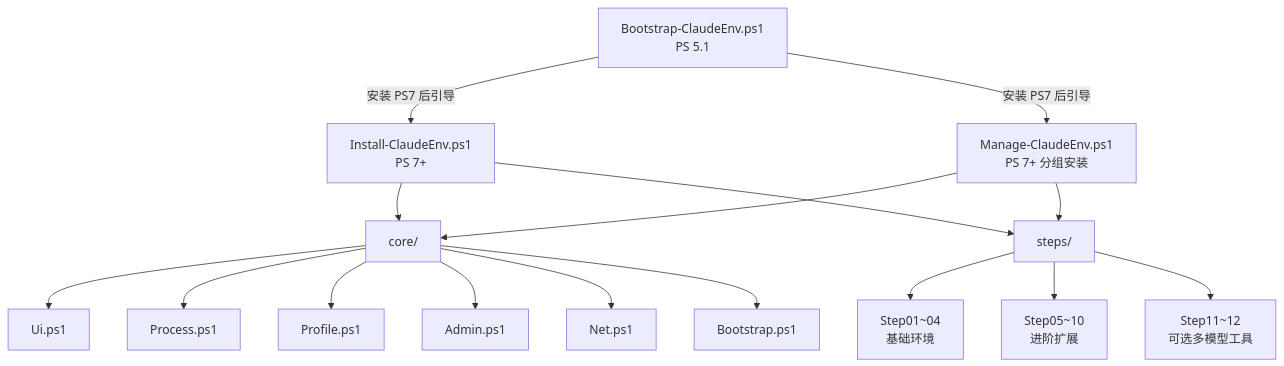
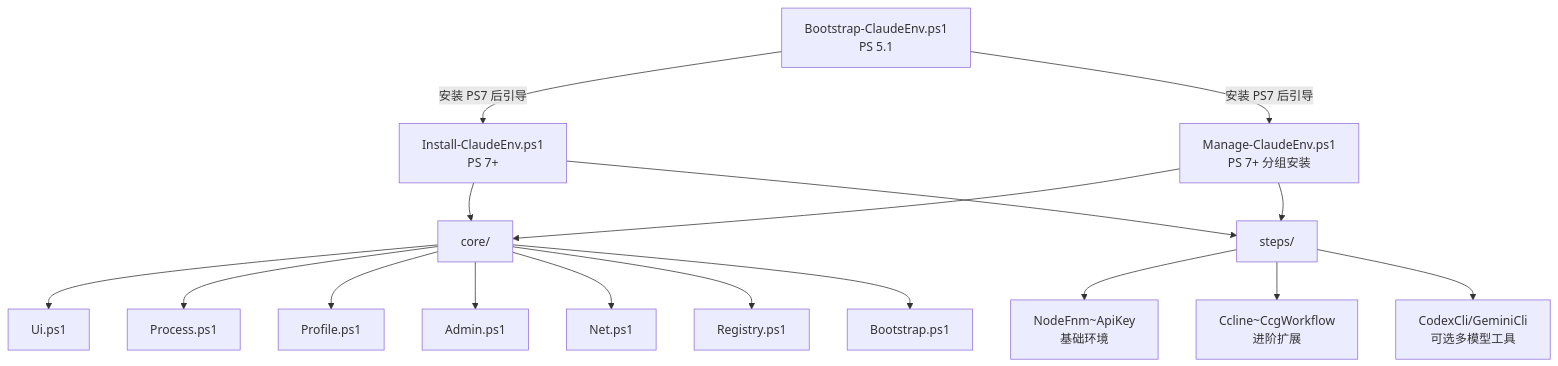
The diagram in CLAUDE.md (hkxiaoyao/claude-code-quickstart), drawn with Mermaid before and after one commit. The commit also changed other lines of this file and 21 other files, not shown here.

````diff
--- a/CLAUDE.md
+++ b/CLAUDE.md
@@ -25,14 +25,14 @@
 ```mermaid
 graph TD
     A[Bootstrap-ClaudeEnv.ps1<br/>PS 5.1] -->|安装 PS7 后引导| B[Install-ClaudeEnv.ps1<br/>PS 7+]
     A -->|安装 PS7 后引导| M[Manage-ClaudeEnv.ps1<br/>PS 7+ 分组安装]
     B --> C[core/]
     B --> D[steps/]
     M --> C
     M --> D
     C --> C1[Ui.ps1] & C2[Process.ps1] & C3[Profile.ps1]
-    C --> C4[Admin.ps1] & C5[Net.ps1] & C6[Bootstrap.ps1]
-    D --> D1[Step01~04<br/>基础环境]
-    D --> D2[Step05~10<br/>进阶扩展]
-    D --> D3[Step11~12<br/>可选多模型工具]
+    C --> C4[Admin.ps1] & C5[Net.ps1] & C6[Registry.ps1] & C7[Bootstrap.ps1]
+    D --> D1[NodeFnm~ApiKey<br/>基础环境]
+    D --> D2[Ccline~CcgWorkflow<br/>进阶扩展]
+    D --> D3[CodexCli/GeminiCli<br/>可选多模型工具]
 ```
````
